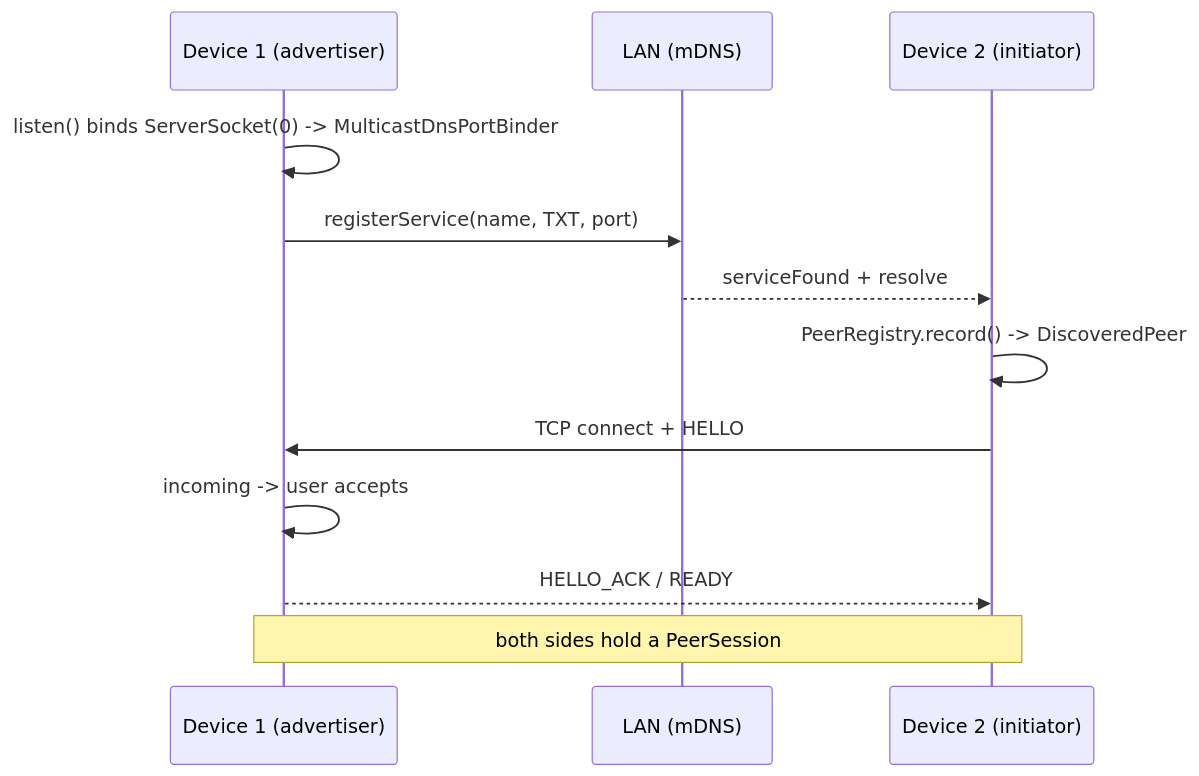
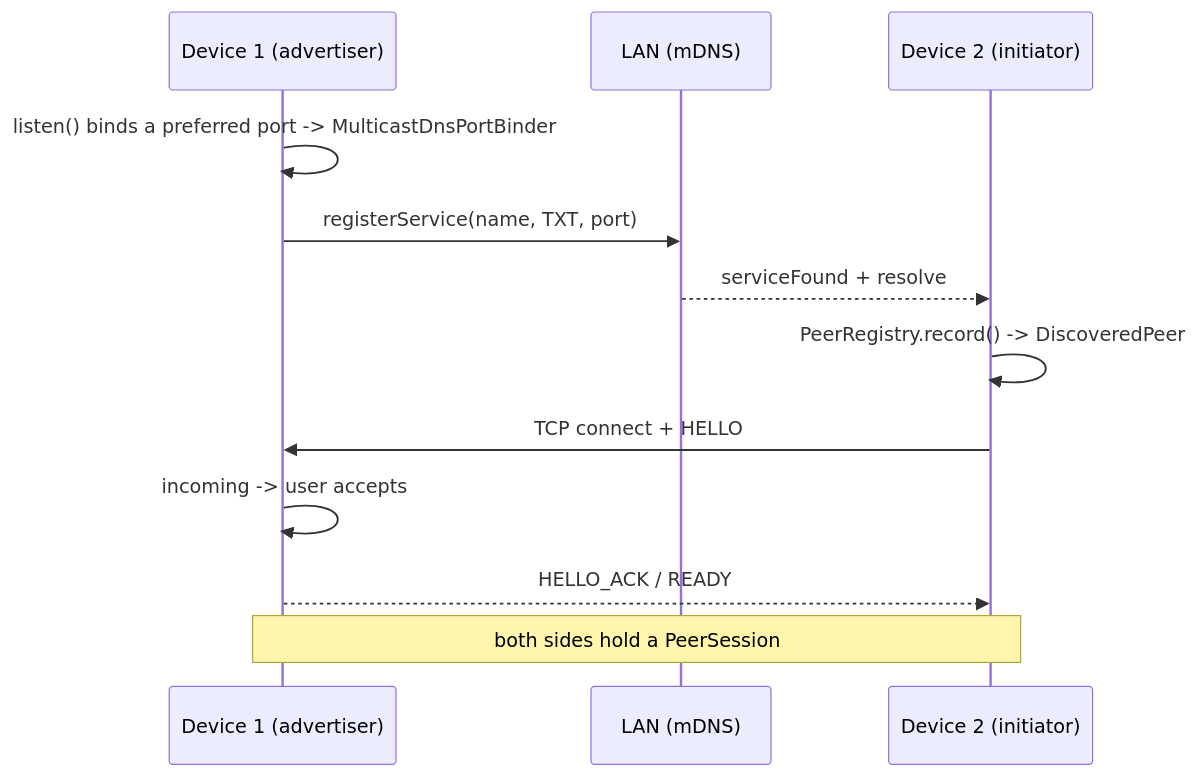
One commit to ImpossibleAccuracy/fserver changed the diagram in bindings/clients/android/net/transport/android/src/main/kotlin/com/fserver/net/transport/android/spi/multicastdns/CONNECTION_FLOW.md. Above: the diagram before and after it, drawn with Mermaid. The commit also changed other lines of this file and 11 other files, not shown here.

````diff
--- a/bindings/clients/android/net/transport/android/src/main/kotlin/com/fserver/net/transport/android/spi/multicastdns/CONNECTION_FLOW.md
+++ b/bindings/clients/android/net/transport/android/src/main/kotlin/com/fserver/net/transport/android/spi/multicastdns/CONNECTION_FLOW.md
@@ -10,15 +10,15 @@
 ```mermaid
 sequenceDiagram
     participant A as Device 1 (advertiser)
     participant N as LAN (mDNS)
     participant B as Device 2 (initiator)
 
-    A->>A: listen() binds ServerSocket(0) -> MulticastDnsPortBinder
+    A->>A: listen() binds a preferred port -> MulticastDnsPortBinder
     A->>N: registerService(name, TXT, port)
     N-->>B: serviceFound + resolve
     B->>B: PeerRegistry.record() -> DiscoveredPeer
     B->>A: TCP connect + HELLO
     A->>A: incoming -> user accepts
     A-->>B: HELLO_ACK / READY
     Note over A,B: both sides hold a PeerSession
 ```
````
